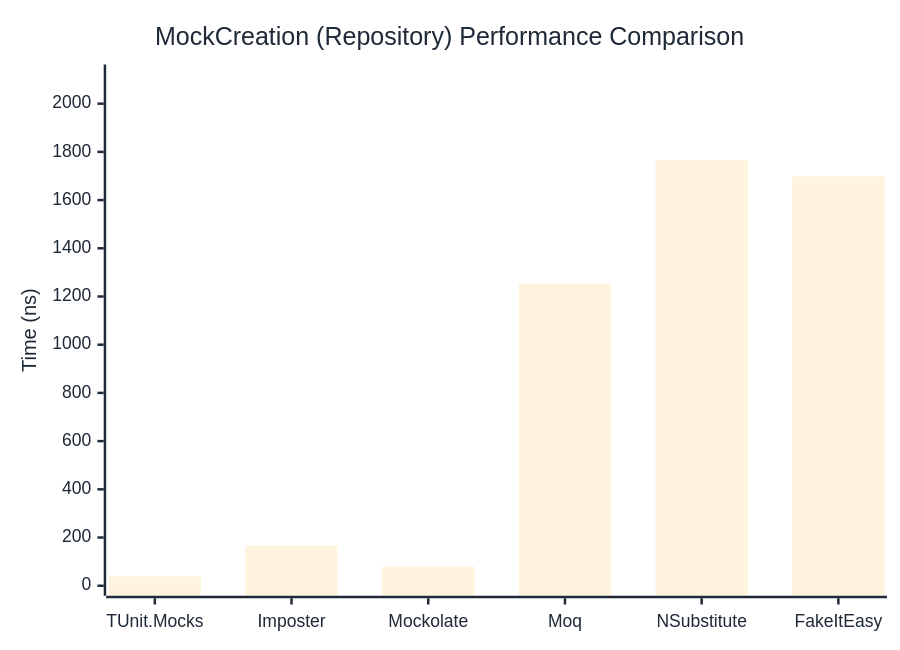
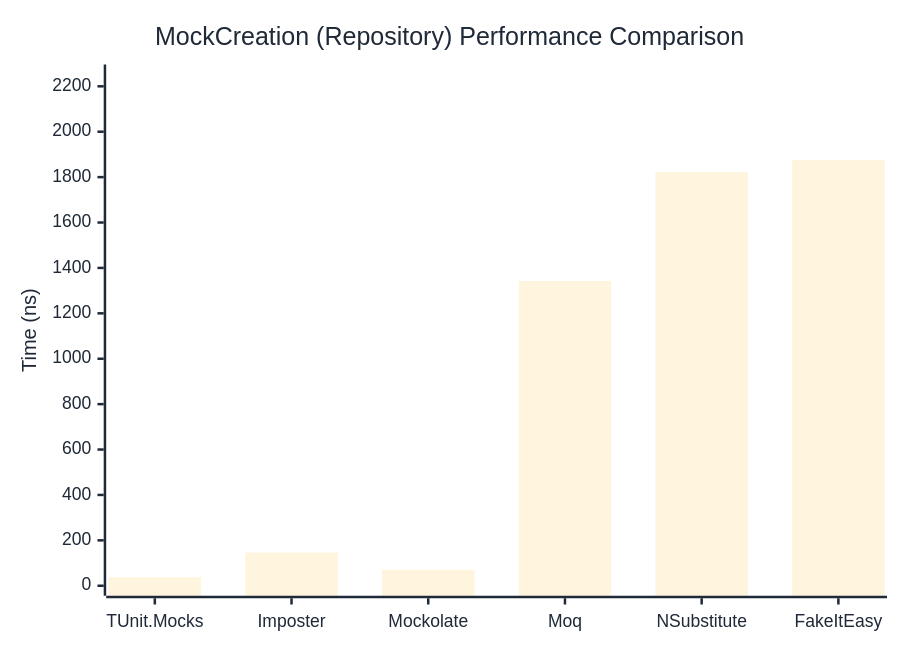
The second of 2 diagrams in docs/docs/benchmarks/mocks/MockCreation.md (thomhurst/TUnit), drawn with Mermaid before and after one commit. The commit also changed other lines of this file and 14 other files, not shown here.

````diff
--- a/docs/docs/benchmarks/mocks/MockCreation.md
+++ b/docs/docs/benchmarks/mocks/MockCreation.md
@@ -69,27 +69,27 @@
 ```mermaid
 %%{init: {
   'theme':'base',
   'themeVariables': {
     'primaryColor': '#2563eb',
     'primaryTextColor': '#1f2937',
     'primaryBorderColor': '#1e40af',
     'lineColor': '#6b7280',
     'secondaryColor': '#7c3aed',
     'tertiaryColor': '#dc2626',
     'background': '#ffffff',
     'pie1': '#2563eb',
     'pie2': '#7c3aed',
     'pie3': '#dc2626',
     'pie4': '#f59e0b',
     'pie5': '#10b981',
     'pie6': '#06b6d4',
     'pie7': '#ec4899',
     'pie8': '#6366f1'
   }
 }}%%
 xychart-beta
   title "MockCreation (Repository) Performance Comparison"
   x-axis ["TUnit.Mocks", "Imposter", "Mockolate", "Moq", "NSubstitute", "FakeItEasy"]
-  y-axis "Time (ns)" 0 --> 2121
-  bar [38.2, 165.61, 79.61, 1253.29, 1766.91, 1697.93]
+  y-axis "Time (ns)" 0 --> 2252
+  bar [37.3, 145.91, 69.91, 1342.37, 1821.67, 1876.09]
 ```
````
